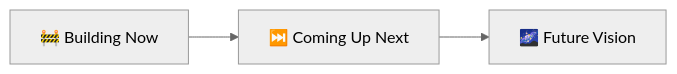
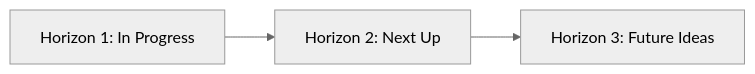
The first of 2 diagrams in README.md (luajosman/prayer-times-app), drawn with Mermaid (neutral theme) before and after one commit. The commit also changed other lines of this file, not shown here.

Commit message:
Revise README with cleaner roadmap and troubleshooting

````diff
--- a/README.md
+++ b/README.md
@@ -35,4 +35,4 @@
 ```mermaid
 flowchart LR
-  A["🚧 Building Now"] --> B["⏭️ Coming Up Next"] --> C["🌌 Future Vision"]
+  A["Horizon 1: In Progress"] --> B["Horizon 2: Next Up"] --> C["Horizon 3: Future Ideas"]
 ```
````
